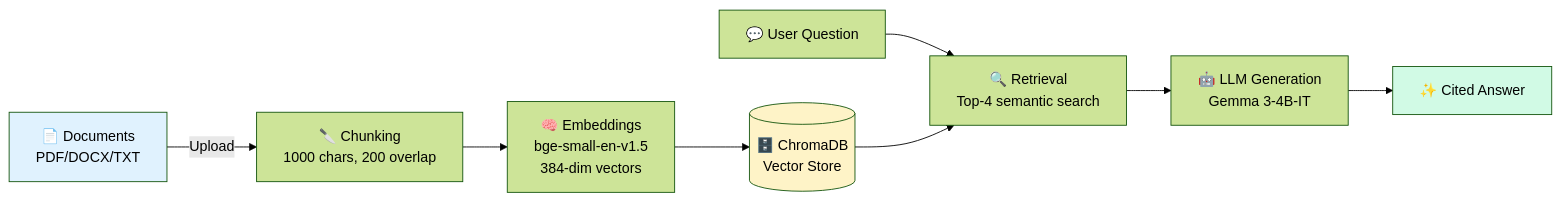
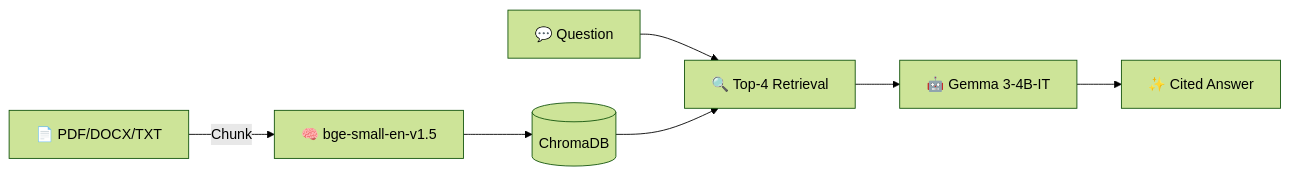
Before and after one commit to pkgprateek/rag-document-qa-workflow: the diagram in README-HF.md, drawn with Mermaid (forest theme). The commit also changed other lines of this file and 2 other files, not shown here.

````diff
--- a/README-HF.md
+++ b/README-HF.md
@@ -34,15 +25,9 @@
 ```mermaid
 graph LR
-    A[📄 Documents<br/>PDF/DOCX/TXT] -->|Upload| B[🔪 Chunking<br/>1000 chars, 200 overlap]
-    B --> C[🧠 Embeddings<br/>bge-small-en-v1.5<br/>384-dim vectors]
-    C --> D[(🗄️ ChromaDB<br/>Vector Store)]
-    
-    E[💬 User Question] --> F[🔍 Retrieval<br/>Top-4 semantic search]
-    D --> F
-    F --> G[🤖 LLM Generation<br/>Gemma 3-4B-IT]
-    G --> H[✨ Cited Answer]
-    
-    style A fill:#E0F2FE
-    style D fill:#FEF3C7
-    style H fill:#D1FAE5
+    A[📄 PDF/DOCX/TXT] -->|Chunk| B[🧠 bge-small-en-v1.5]
+    B --> C[(ChromaDB)]
+    D[💬 Question] --> E[🔍 Top-4 Retrieval]
+    C --> E
+    E --> F[🤖 Gemma 3-4B-IT]
+    F --> G[✨ Cited Answer]
 ```
````
